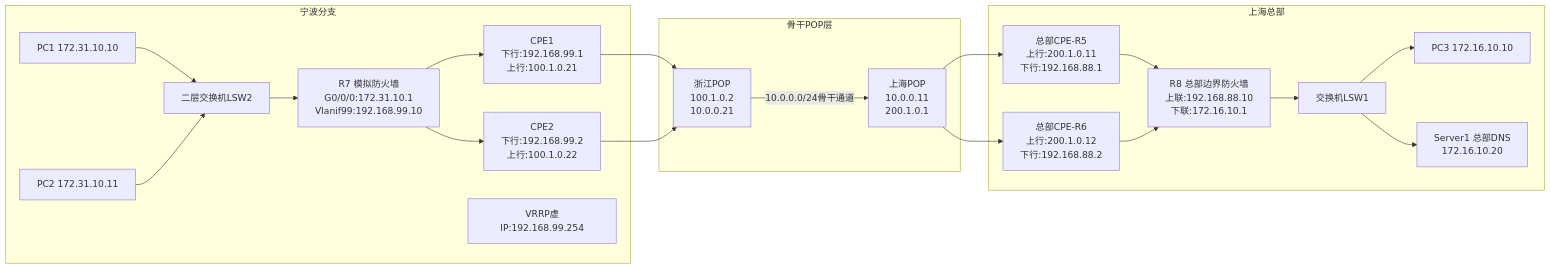
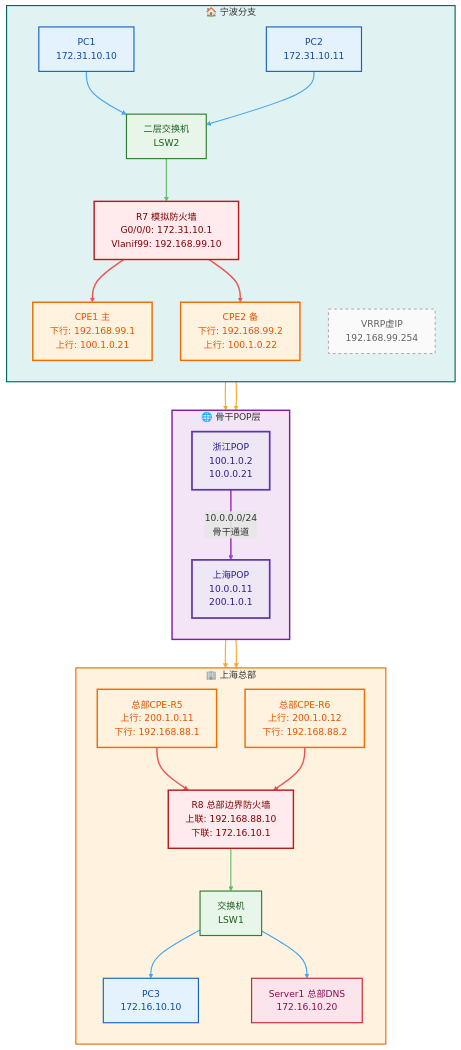
Before and after one commit to SimonSU5/personal-site-content: the diagram in works/组网项目-某航运公司跨省组网.md, drawn with Mermaid. The commit also changed other lines of this file and 3 other files, not shown here.

````diff
--- a/works/组网项目-某航运公司跨省组网.md
+++ b/works/组网项目-某航运公司跨省组网.md
@@ -98,40 +98,59 @@
 ```mermaid
-flowchart LR
-    subgraph 宁波分支
-        PC1["PC1 172.31.10.10"]
-        PC2["PC2 172.31.10.11"]
-        LSW2["二层交换机LSW2"]
-        FW-R7["R7 模拟防火墙<br>G0/0/0:172.31.10.1<br>Vlanif99:192.168.99.10"]
-        NB-CPE1["CPE1<br>下行:192.168.99.1<br>上行:100.1.0.21"]
-        NB-CPE2["CPE2<br>下行:192.168.99.2<br>上行:100.1.0.22"]
-        noteVRRP["VRRP虚IP:192.168.99.254"]
+flowchart TB
+    %% ================= 样式定义 =================
+    classDef terminal fill:#e3f2fd,stroke:#1565c0,stroke-width:2px,color:#0d47a1
+    classDef l2switch fill:#e8f5e9,stroke:#2e7d32,stroke-width:2px,color:#1b5e20
+    classDef firewall fill:#ffebee,stroke:#b71c1c,stroke-width:2.5px,color:#7f0000
+    classDef cpe fill:#fff3e0,stroke:#ef6c00,stroke-width:2.5px,color:#e65100
+    classDef noteStyle fill:#fafafa,stroke:#9e9e9e,stroke-width:1.5px,color:#616161,stroke-dasharray: 5 5
+    classDef pop fill:#ede7f6,stroke:#5e35b1,stroke-width:3px,color:#311b92
+    classDef server fill:#fce4ec,stroke:#c62828,stroke-width:2px,color:#880e4f
+
+    %% ================= 宁波分支（左侧） =================
+    subgraph 宁波分支["🏠 宁波分支"]
+        direction TB
+        PC1["PC1<br>172.31.10.10"]
+        PC2["PC2<br>172.31.10.11"]
+        LSW2["二层交换机<br>LSW2"]
+        FW-R7["R7 模拟防火墙<br>G0/0/0: 172.31.10.1<br>Vlanif99: 192.168.99.10"]
+        NB-CPE1["CPE1 主<br>下行: 192.168.99.1<br>上行: 100.1.0.21"]
+        NB-CPE2["CPE2 备<br>下行: 192.168.99.2<br>上行: 100.1.0.22"]
+        noteVRRP["VRRP虚IP<br>192.168.99.254"]
     end
-    subgraph 骨干POP层
+
+    %% ================= 骨干POP层（中间） =================
+    subgraph 骨干POP层["🌐 骨干POP层"]
+        direction TB
         ZJ-POP["浙江POP<br>100.1.0.2<br>10.0.0.21"]
         SH-POP["上海POP<br>10.0.0.11<br>200.1.0.1"]
     end
-    subgraph 上海总部
-        R5["总部CPE-R5<br>上行:200.1.0.11<br>下行:192.168.88.1"]
-        R6["总部CPE-R6<br>上行:200.1.0.12<br>下行:192.168.88.2"]
-        R8["R8 总部边界防火墙<br>上联:192.168.88.10<br>下联:172.16.10.1"]
-        LSW1["交换机LSW1"]
-        PC3["PC3 172.16.10.10"]
+
+    %% ================= 上海总部（右侧） =================
+    subgraph 上海总部["🏢 上海总部"]
+        direction TB
+        R5["总部CPE-R5<br>上行: 200.1.0.11<br>下行: 192.168.88.1"]
+        R6["总部CPE-R6<br>上行: 200.1.0.12<br>下行: 192.168.88.2"]
+        R8["R8 总部边界防火墙<br>上联: 192.168.88.10<br>下联: 172.16.10.1"]
+        LSW1["交换机<br>LSW1"]
+        PC3["PC3<br>172.16.10.10"]
         DNS-SRV["Server1 总部DNS<br>172.16.10.20"]
     end
 
-    %% 宁波连线
+    %% ================= 宁波内部连线 =================
     PC1 --> LSW2
     PC2 --> LSW2
     LSW2 --> FW-R7
     FW-R7 --> NB-CPE1
     FW-R7 --> NB-CPE2
+
+    %% ================= 宁波 → POP =================
     NB-CPE1 --> ZJ-POP
     NB-CPE2 --> ZJ-POP
 
-    %% POP骨干专线
-    ZJ-POP -- "10.0.0.0/24骨干通道" --> SH-POP
+    %% ================= POP 骨干通道 =================
+    ZJ-POP -- "10.0.0.0/24<br>骨干通道" --> SH-POP
 
-    %% 上海侧连线
+    %% ================= POP → 上海总部 =================
     SH-POP --> R5
     SH-POP --> R6
     R5 --> R8
@@ -139,4 +158,29 @@
     R8 --> LSW1
     LSW1 --> PC3
     LSW1 --> DNS-SRV
+
+    %% ================= 样式应用 =================
+    class PC1,PC2,PC3 terminal
+    class LSW1,LSW2 l2switch
+    class FW-R7,R8 firewall
+    class NB-CPE1,NB-CPE2,R5,R6 cpe
+    class noteVRRP noteStyle
+    class ZJ-POP,SH-POP pop
+    class DNS-SRV server
+
+    %% Subgraph 背景
+    style 宁波分支 fill:#e0f2f1,stroke:#00695c,stroke-width:2px
+    style 骨干POP层 fill:#f3e5f5,stroke:#7b1fa2,stroke-width:2.5px
+    style 上海总部 fill:#fff3e0,stroke:#ef6c00,stroke-width:2px
+
+    %% 链路样式
+    linkStyle 0,1 stroke:#42a5f5,stroke-width:2px
+    linkStyle 2 stroke:#66bb6a,stroke-width:2px
+    linkStyle 3,4 stroke:#ef5350,stroke-width:2.5px
+    linkStyle 5,6 stroke:#ffa726,stroke-width:2px
+    linkStyle 7 stroke:#ab47bc,stroke-width:3px
+    linkStyle 8,9 stroke:#ffa726,stroke-width:2px
+    linkStyle 10,11 stroke:#ef5350,stroke-width:2.5px
+    linkStyle 12 stroke:#66bb6a,stroke-width:2px
+    linkStyle 13,14 stroke:#42a5f5,stroke-width:2px
 ```
````
